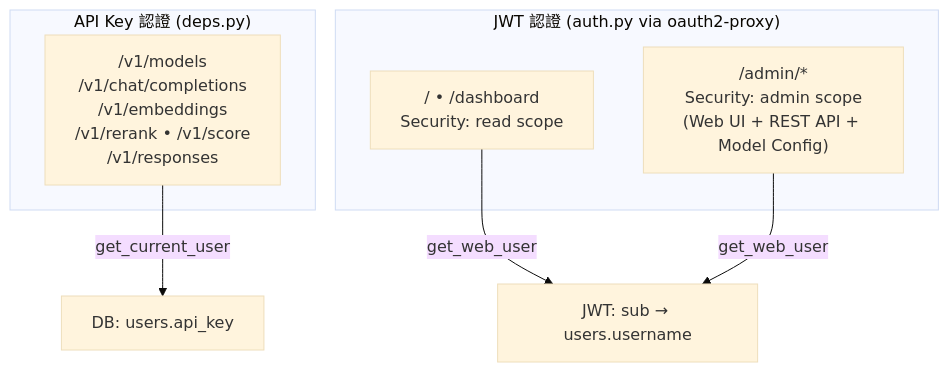
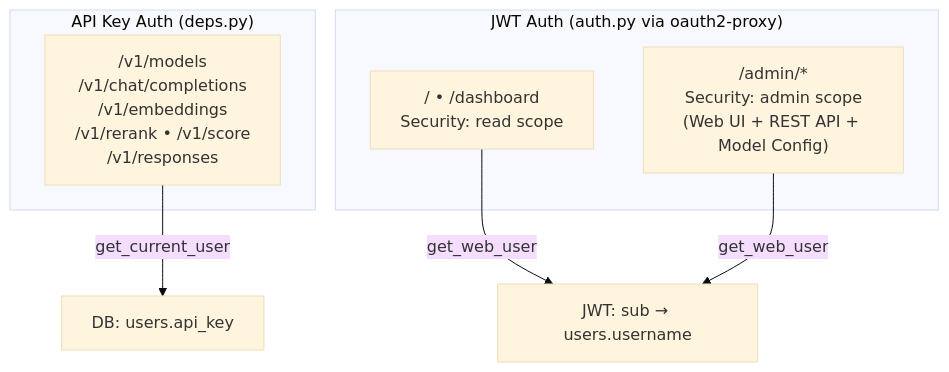
One commit to bwinken/llm-gateway changed the second of 2 diagrams in app/routers/README.md. Above: the diagram before and after it, drawn with Mermaid (base theme). The commit also changed other lines of this file and 11 other files, not shown here.

````diff
--- a/app/routers/README.md
+++ b/app/routers/README.md
@@ -123,15 +125,15 @@
 ```mermaid
 graph TD
-    subgraph "API Key 認證 (deps.py)"
+    subgraph "API Key Auth (deps.py)"
         V1["/v1/models<br/>/v1/chat/completions<br/>/v1/embeddings<br/>/v1/rerank • /v1/score<br/>/v1/responses"]
     end
 
-    subgraph "JWT 認證 (auth.py via oauth2-proxy)"
+    subgraph "JWT Auth (auth.py via oauth2-proxy)"
         Dashboard["/ • /dashboard<br/>Security: read scope"]
         Admin["/admin/*<br/>Security: admin scope<br/>(Web UI + REST API + Model Config)"]
     end
 
     V1 -->|get_current_user| DB["DB: users.api_key"]
     Dashboard -->|get_web_user| JWT["JWT: sub → users.username"]
     Admin -->|get_web_user| JWT
 ```
````
